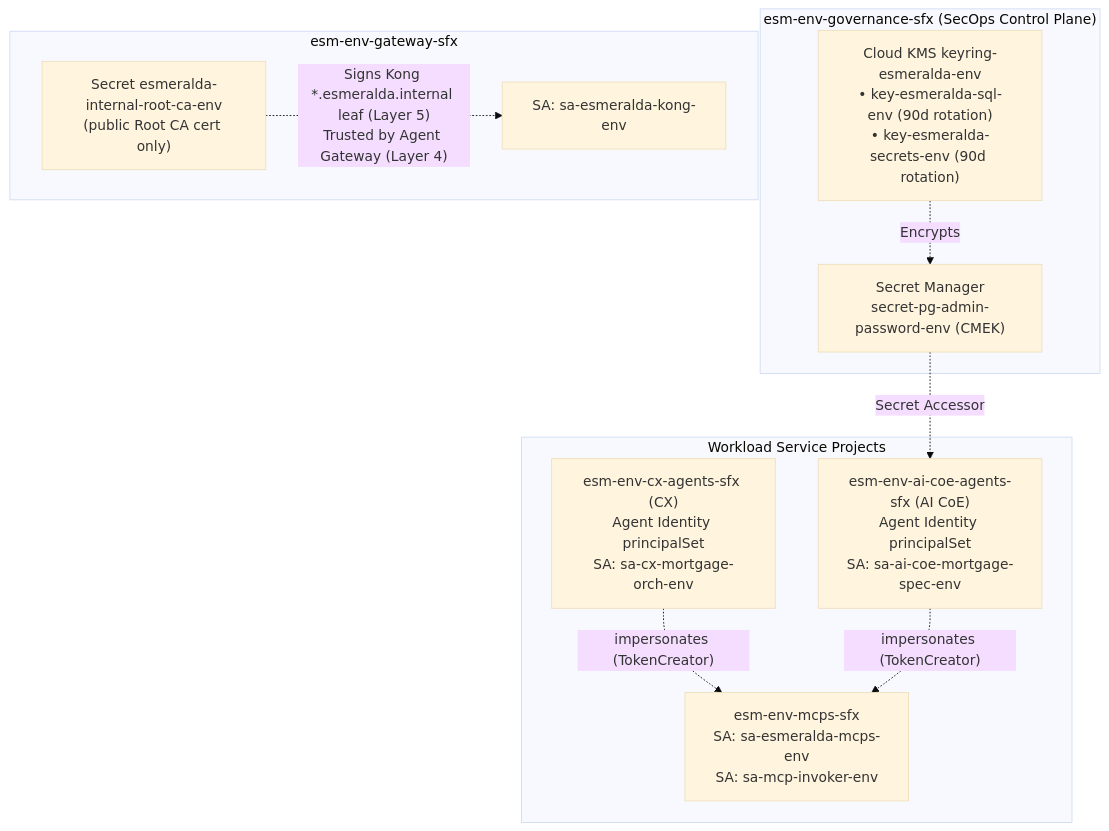
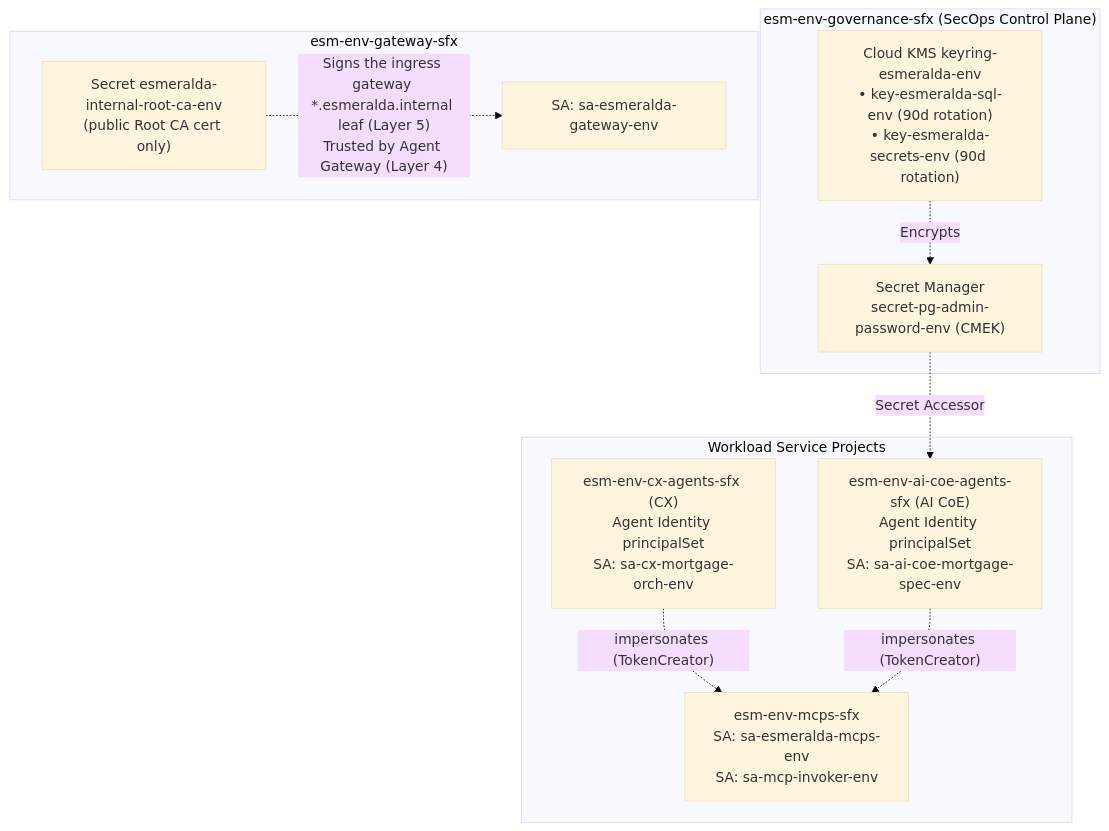
The diagram in docs/src/1-platform-foundations/03-security-iam-and-telemetry.md (google/esmeralda), drawn with Mermaid (base theme) before and after one commit. The commit also changed other lines of this file and 15 other files, not shown here.

First line of the commit message:
docs: describe the Envoy ingress gateway (#73)

````diff
--- a/docs/src/1-platform-foundations/03-security-iam-and-telemetry.md
+++ b/docs/src/1-platform-foundations/03-security-iam-and-telemetry.md
@@ -67,24 +67,24 @@
 ```mermaid
 flowchart TD
     subgraph Gov["esm-env-governance-sfx (SecOps Control Plane)"]
         KMS["Cloud KMS keyring-esmeralda-env<br/>• key-esmeralda-sql-env (90d rotation)<br/>• key-esmeralda-secrets-env (90d rotation)"]
         Secrets["Secret Manager<br/>secret-pg-admin-password-env (CMEK)"]
     end
 
     subgraph GW["esm-env-gateway-sfx"]
         CA["Secret esmeralda-internal-root-ca-env<br/>(public Root CA cert only)"]
-        KongSA["SA: sa-esmeralda-kong-env"]
+        GatewaySA["SA: sa-esmeralda-gateway-env"]
     end
 
     subgraph Workloads["Workload Service Projects"]
         P_MCPS["esm-env-mcps-sfx<br/>SA: sa-esmeralda-mcps-env<br/>SA: sa-mcp-invoker-env"]
         P_AICOE["esm-env-ai-coe-agents-sfx (AI CoE)<br/>Agent Identity principalSet<br/>SA: sa-ai-coe-mortgage-spec-env"]
         P_CX["esm-env-cx-agents-sfx (CX)<br/>Agent Identity principalSet<br/>SA: sa-cx-mortgage-orch-env"]
     end
 
     KMS -.->|Encrypts| Secrets
     Secrets -.->|Secret Accessor| P_AICOE
     P_CX -.->|"impersonates (TokenCreator)"| P_MCPS
     P_AICOE -.->|"impersonates (TokenCreator)"| P_MCPS
-    CA -.->|"Signs Kong *.esmeralda.internal leaf (Layer 5)<br/>Trusted by Agent Gateway (Layer 4)"| KongSA
+    CA -.->|"Signs the ingress gateway *.esmeralda.internal leaf (Layer 5)<br/>Trusted by Agent Gateway (Layer 4)"| GatewaySA
 ```
````
